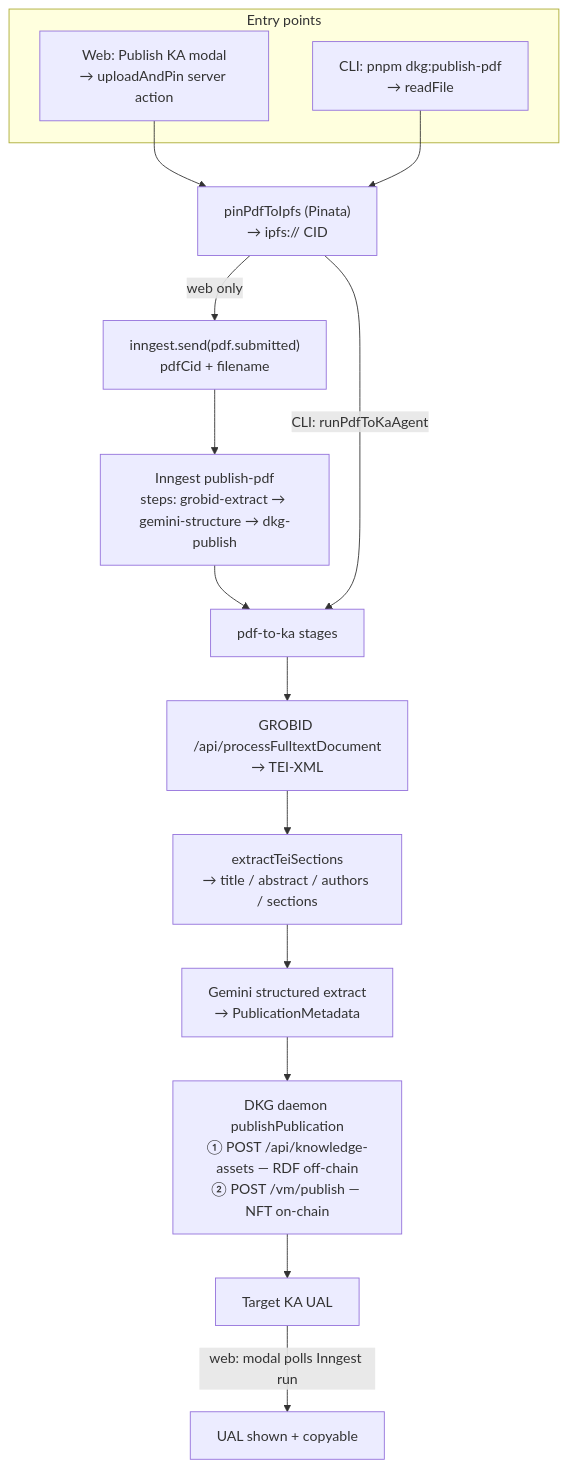
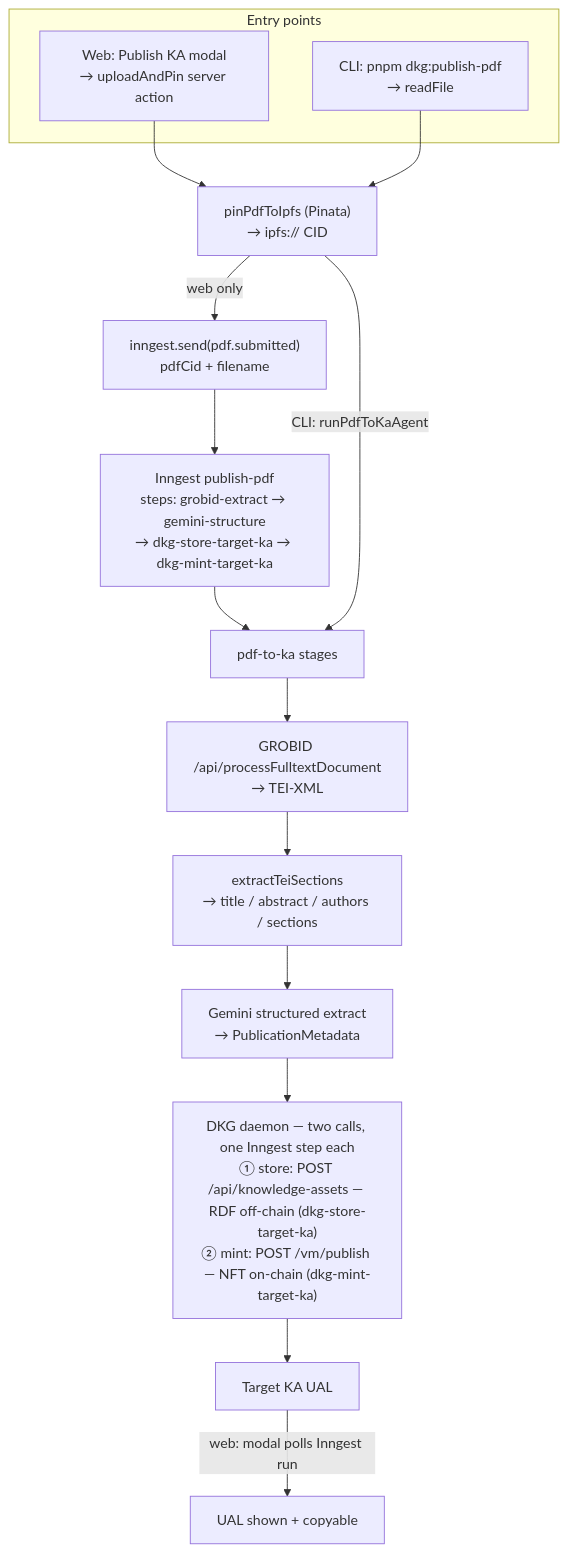
One commit to SiegfriedBz/desci-rating-dapp changed the second of 3 diagrams in README.md. Above: the diagram before and after it, drawn with Mermaid. The commit also changed other lines of this file and 6 other files, not shown here.

````diff
--- a/README.md
+++ b/README.md
@@ -120,19 +122,19 @@
 ```mermaid
 flowchart TD
   subgraph entry["Entry points"]
     WEB["Web: Publish KA modal<br/>→ uploadAndPin server action"]
     CLI["CLI: pnpm dkg:publish-pdf<br/>→ readFile"]
   end
   WEB --> PIN["pinPdfToIpfs (Pinata)<br/>→ ipfs:// CID"]
   CLI --> PIN
   PIN -->|"web only"| EV["inngest.send(pdf.submitted)<br/>pdfCid + filename"]
-  EV --> FN["Inngest publish-pdf<br/>steps: grobid-extract → gemini-structure → dkg-publish"]
+  EV --> FN["Inngest publish-pdf<br/>steps: grobid-extract → gemini-structure<br/>→ dkg-store-target-ka → dkg-mint-target-ka"]
   FN --> AGENT["pdf-to-ka stages"]
   PIN -->|"CLI: runPdfToKaAgent"| AGENT
   AGENT --> GROBID["GROBID /api/processFulltextDocument<br/>→ TEI-XML"]
   GROBID --> TEI["extractTeiSections<br/>→ title / abstract / authors / sections"]
   TEI --> META["Gemini structured extract<br/>→ PublicationMetadata"]
-  META --> DAEMON["DKG daemon publishPublication<br/>① POST /api/knowledge-assets — RDF off-chain<br/>② POST /vm/publish — NFT on-chain"]
+  META --> DAEMON["DKG daemon — two calls, one Inngest step each<br/>① store: POST /api/knowledge-assets — RDF off-chain (dkg-store-target-ka)<br/>② mint: POST /vm/publish — NFT on-chain (dkg-mint-target-ka)"]
   DAEMON --> UAL["Target KA UAL"]
   UAL -->|"web: modal polls Inngest run"| SHOW["UAL shown + copyable"]
 ```
````
